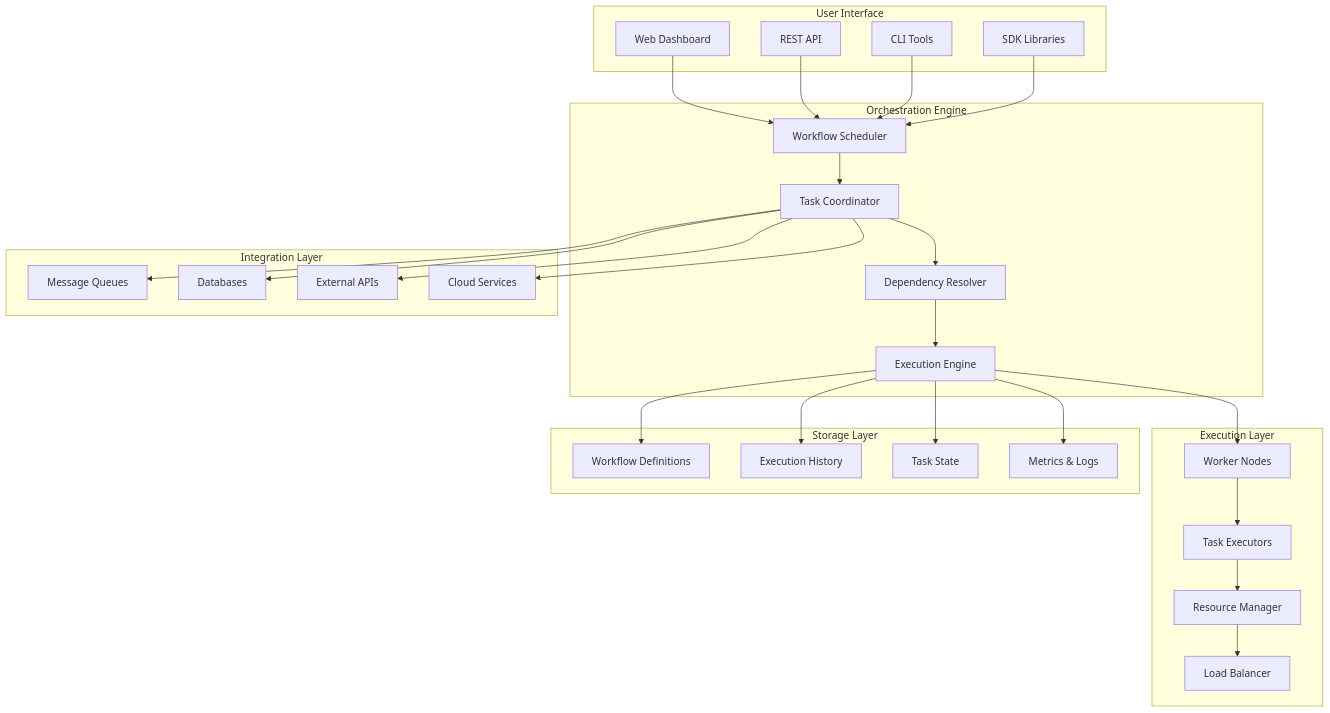
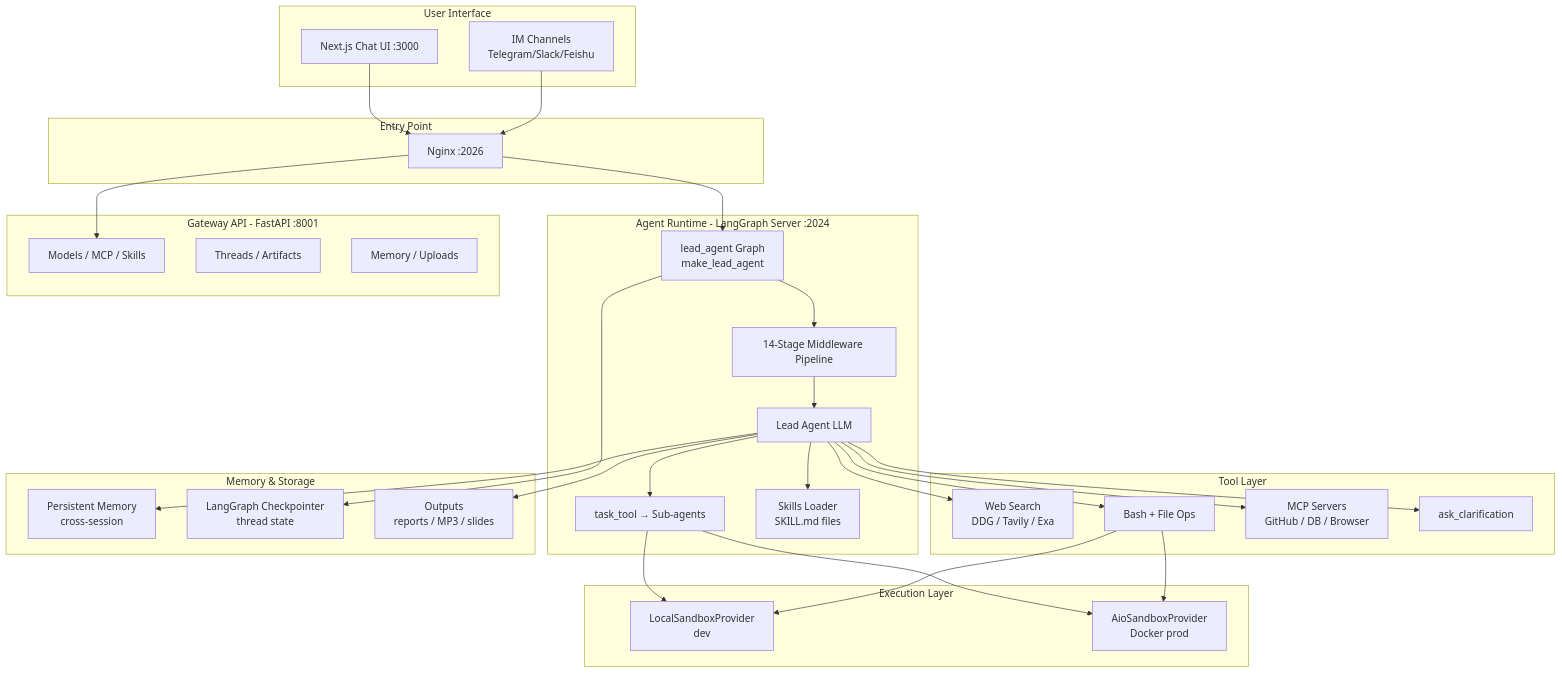
Before and after one commit to johnxie/awesome-code-docs: the diagram in tutorials/deer-flow-tutorial/README.md, drawn with Mermaid. The commit also changed other lines of this file and 1232 other files, not shown here.

````diff
--- a/tutorials/deer-flow-tutorial/README.md
+++ b/tutorials/deer-flow-tutorial/README.md
@@ -56,57 +75,63 @@
 ```mermaid
 graph TB
     subgraph "User Interface"
-        A[Web Dashboard]
-        B[REST API]
-        C[CLI Tools]
-        D[SDK Libraries]
+        A[Next.js Chat UI :3000]
+        B[IM Channels<br/>Telegram/Slack/Feishu]
     end
 
-    subgraph "Orchestration Engine"
-        E[Workflow Scheduler]
-        F[Task Coordinator]
-        G[Dependency Resolver]
-        H[Execution Engine]
+    subgraph "Entry Point"
+        C[Nginx :2026]
+    end
+
+    subgraph "Agent Runtime - LangGraph Server :2024"
+        D[lead_agent Graph<br/>make_lead_agent]
+        E[14-Stage Middleware Pipeline]
+        F[Lead Agent LLM]
+        G[task_tool → Sub-agents]
+        H[Skills Loader<br/>SKILL.md files]
+    end
+
+    subgraph "Gateway API - FastAPI :8001"
+        I[Models / MCP / Skills]
+        J[Threads / Artifacts]
+        K[Memory / Uploads]
+    end
+
+    subgraph "Tool Layer"
+        L[Web Search<br/>DDG / Tavily / Exa]
+        M[Bash + File Ops]
+        N[MCP Servers<br/>GitHub / DB / Browser]
+        O[ask_clarification]
     end
 
     subgraph "Execution Layer"
-        I[Worker Nodes]
-        J[Task Executors]
-        K[Resource Manager]
-        L[Load Balancer]
+        P[LocalSandboxProvider<br/>dev]
+        Q[AioSandboxProvider<br/>Docker prod]
     end
 
-    subgraph "Storage Layer"
-        M[Workflow Definitions]
-        N[Execution History]
-        O[Task State]
-        P[Metrics & Logs]
+    subgraph "Memory & Storage"
+        R[Persistent Memory<br/>cross-session]
+        S[LangGraph Checkpointer<br/>thread state]
+        T[Outputs<br/>reports / MP3 / slides]
     end
 
-    subgraph "Integration Layer"
-        Q[Message Queues]
-        R[Databases]
-        S[External APIs]
-        T[Cloud Services]
-    end
-
-    A --> E
-    B --> E
-    C --> E
+    A --> C
+    B --> C
+    C --> D
+    C --> I
     D --> E
     E --> F
     F --> G
-    G --> H
-    H --> I
-    I --> J
-    J --> K
-    K --> L
-    H --> M
-    H --> N
-    H --> O
-    H --> P
-    F --> Q
+    F --> H
+    F --> L
+    F --> M
+    F --> N
+    F --> O
+    G --> P
+    G --> Q
+    M --> P
+    M --> Q
     F --> R
-    F --> S
+    D --> S
     F --> T
 ```
````
